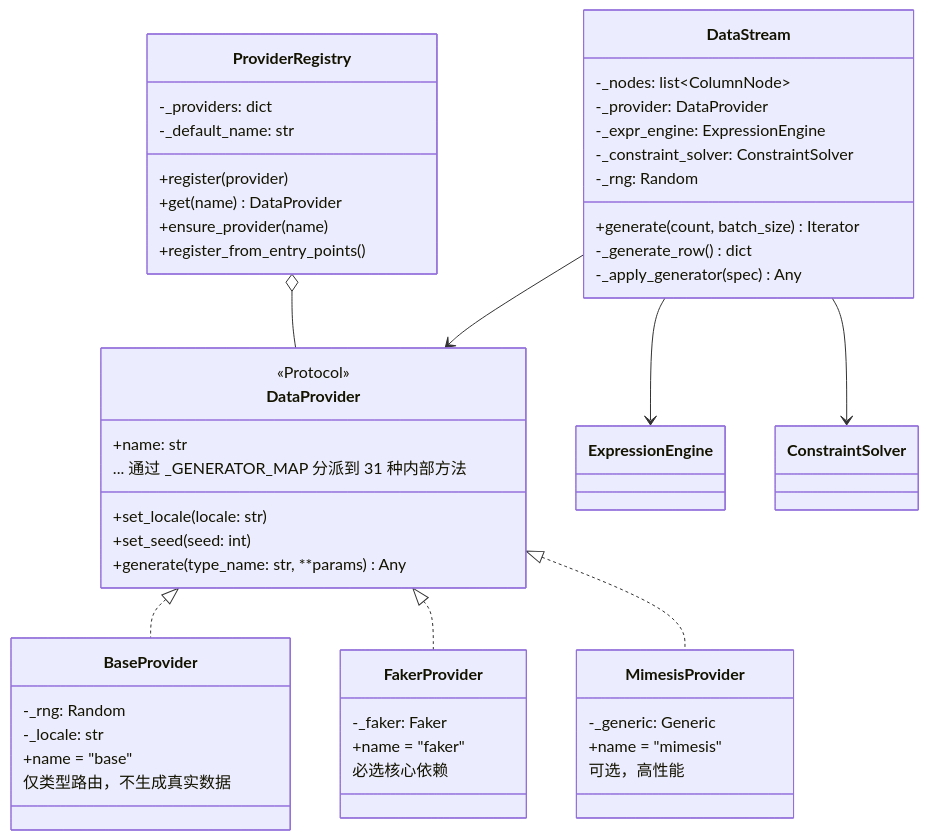
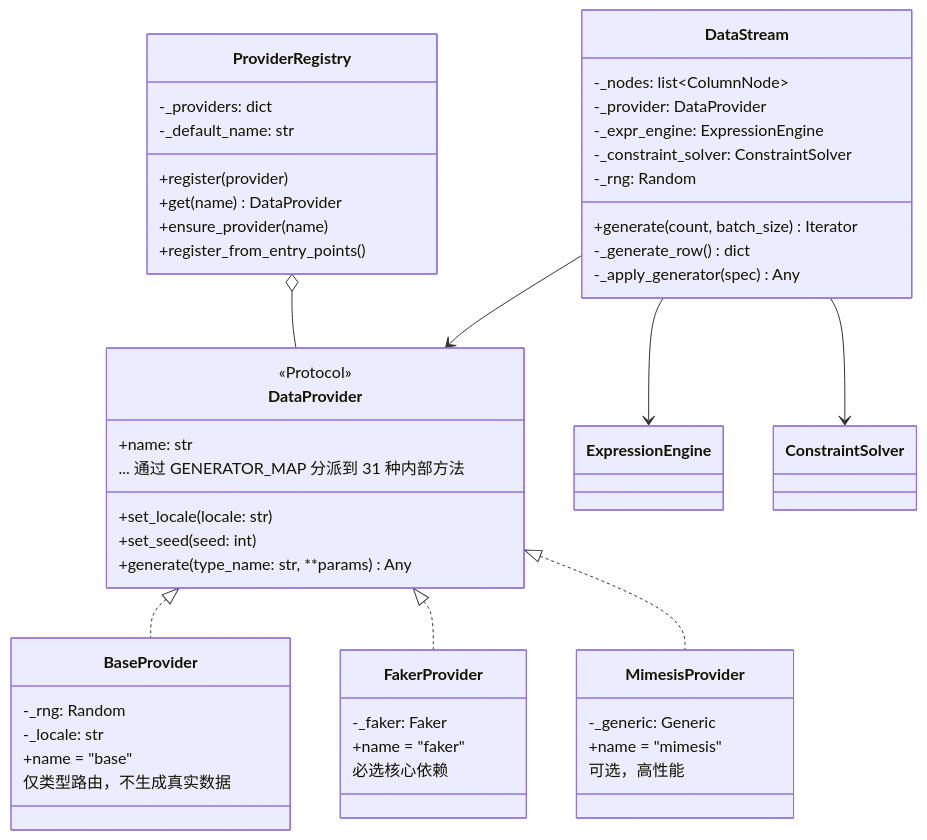
One commit to sunbos/sqlseed changed the fourth of 11 diagrams in docs/architecture.zh-CN.md. Above: the diagram before and after it, drawn with Mermaid. The commit also changed 113 other files, not shown here.

````diff
--- a/docs/architecture.zh-CN.md
+++ b/docs/architecture.zh-CN.md
@@ -267,58 +267,58 @@
 ```mermaid
 classDiagram
     class DataProvider {
         <<Protocol>>
         +name: str
         +set_locale(locale: str)
         +set_seed(seed: int)
         +generate(type_name: str, **params) Any
-        ... 通过 _GENERATOR_MAP 分派到 31 种内部方法
+        ... 通过 GENERATOR_MAP 分派到 31 种内部方法
     }
 
     class BaseProvider {
         -_rng: Random
         -_locale: str
         +name = "base"
         仅类型路由，不生成真实数据
     }
 
     class FakerProvider {
         -_faker: Faker
         +name = "faker"
         必选核心依赖
     }
 
     class MimesisProvider {
         -_generic: Generic
         +name = "mimesis"
         可选，高性能
     }
 
     class ProviderRegistry {
         -_providers: dict
         -_default_name: str
         +register(provider)
         +get(name) DataProvider
         +ensure_provider(name)
         +register_from_entry_points()
     }
 
     class DataStream {
         -_nodes: list~ColumnNode~
         -_provider: DataProvider
         -_expr_engine: ExpressionEngine
         -_constraint_solver: ConstraintSolver
         -_rng: Random
         +generate(count, batch_size) Iterator
         -_generate_row() dict
         -_apply_generator(spec) Any
     }
 
     DataProvider <|.. BaseProvider
     DataProvider <|.. FakerProvider
     DataProvider <|.. MimesisProvider
     ProviderRegistry o-- DataProvider
     DataStream --> DataProvider
     DataStream --> ExpressionEngine
     DataStream --> ConstraintSolver
 ```
````
